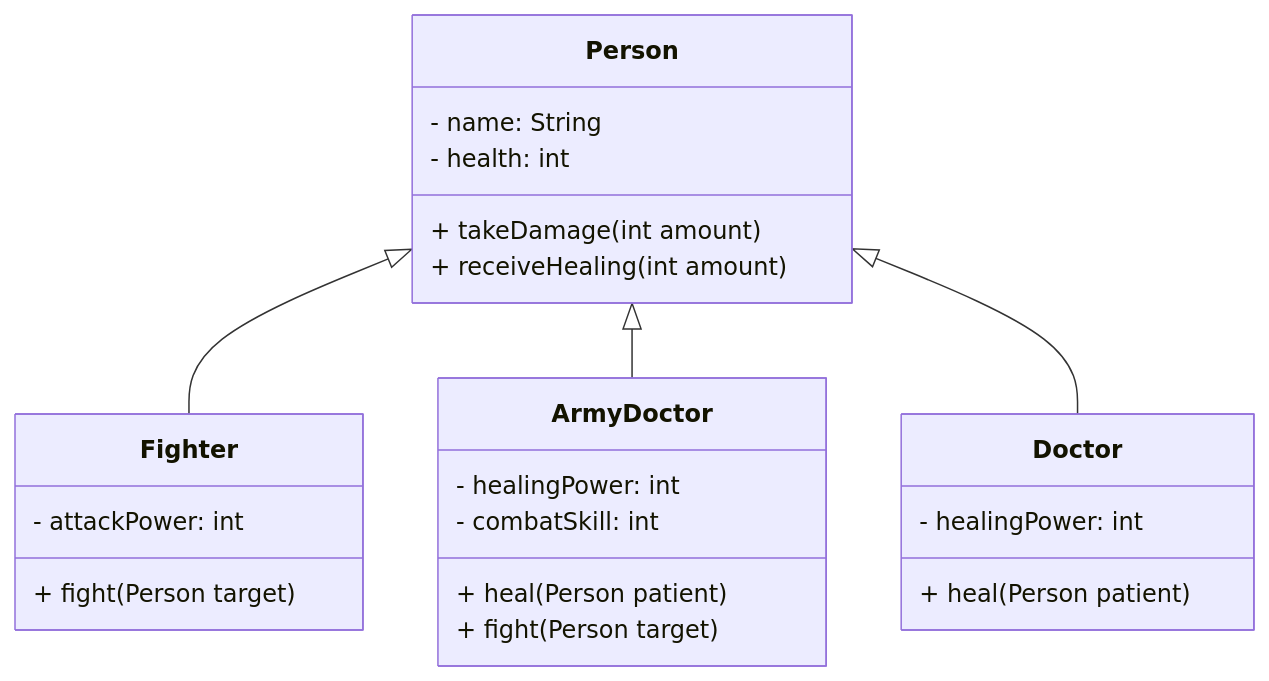
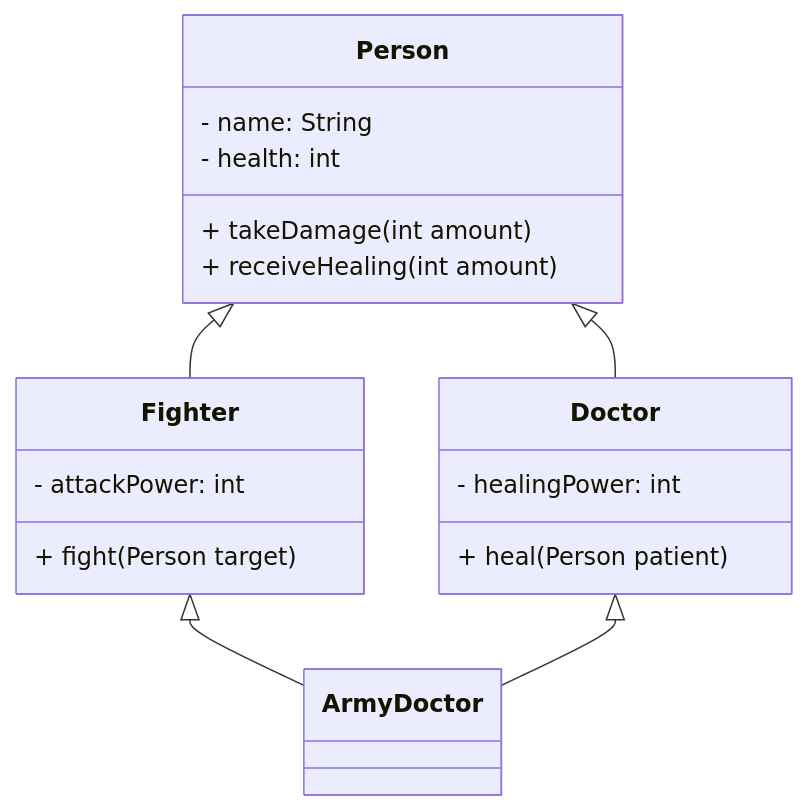
The second of 3 diagrams in doc/cours/advanced.qmd (ludo2ne/ENSAI-2A-Java), drawn with Mermaid before and after one commit. The commit also changed other lines of this file and 2 other files, not shown here.

````diff
--- a/doc/cours/advanced.qmd
+++ b/doc/cours/advanced.qmd
@@ -537,31 +625,26 @@
 ```{mermaid}
 classDiagram
 
 class Person {
     - name: String
     - health: int
     + takeDamage(int amount)
     + receiveHealing(int amount)
 }
 
 class Fighter {
     - attackPower: int
     + fight(Person target)
 }
 
-class ArmyDoctor {
-    - healingPower: int
-    - combatSkill: int
-    + heal(Person patient)
-    + fight(Person target)
-}
 
 class Doctor {
     - healingPower: int
     + heal(Person patient)
 }
 
 Person <|-- Fighter
-Person <|-- ArmyDoctor
+Fighter <|-- ArmyDoctor
+Doctor <|-- ArmyDoctor
 Person <|-- Doctor
 ```
````
